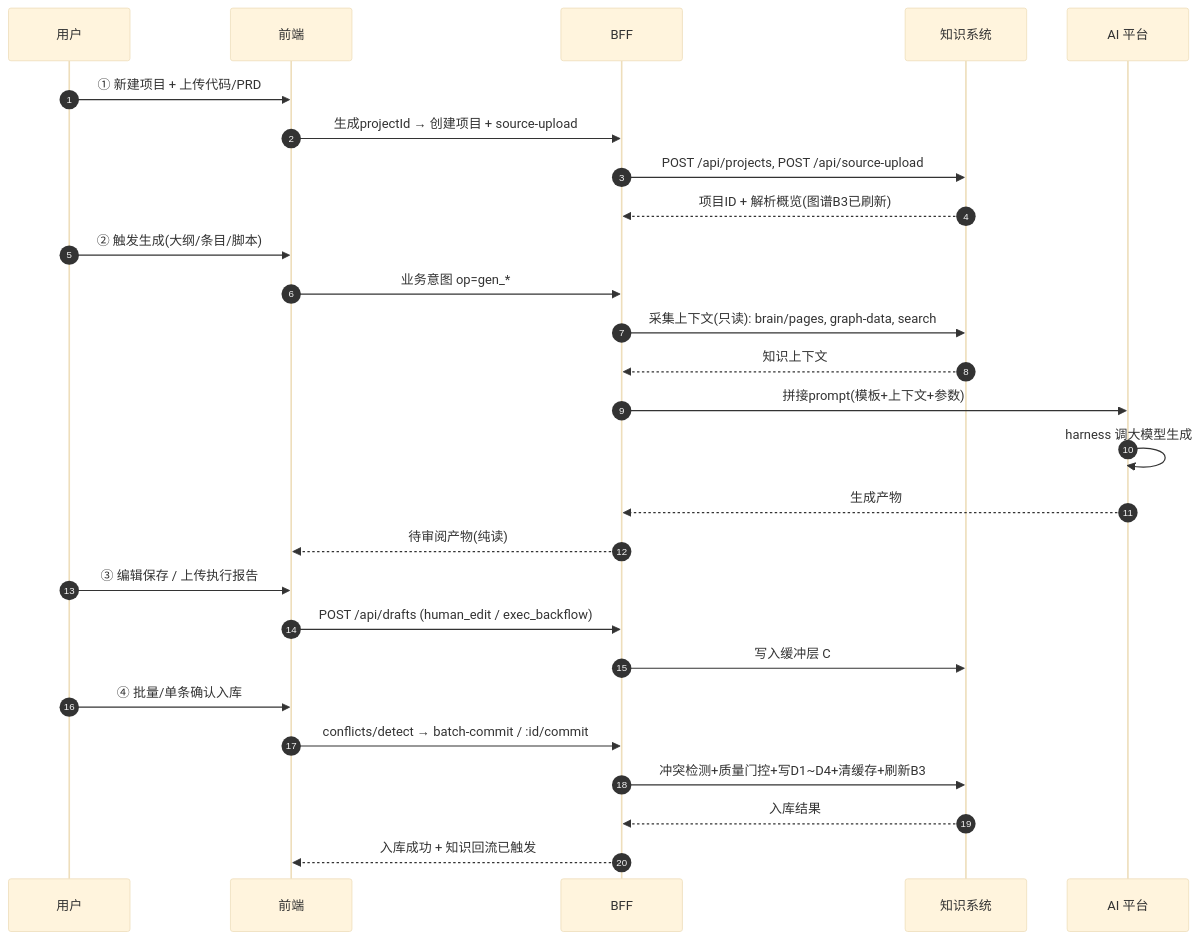
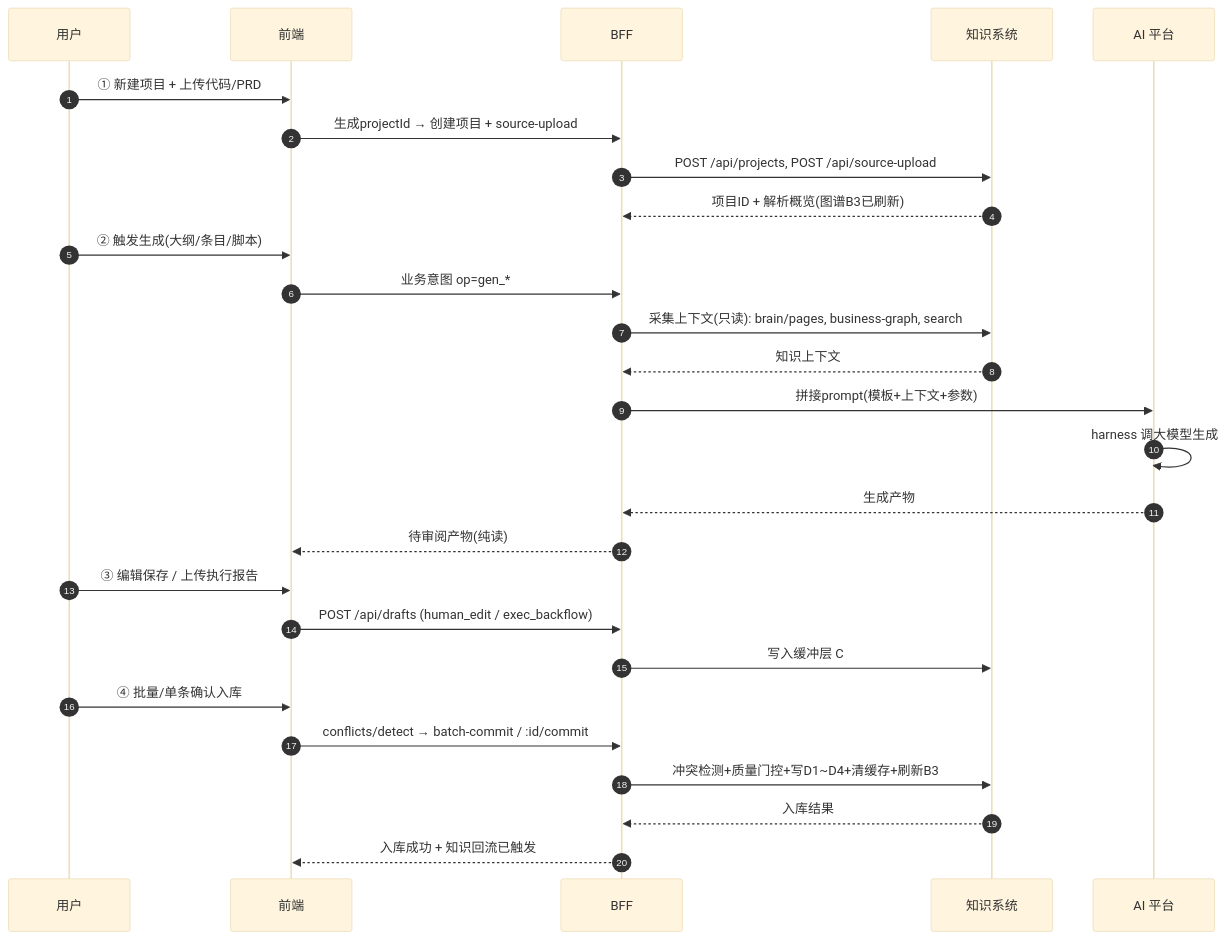
The fifth of 5 diagrams in docs/架构设计与技术方案.md (lifengss/testcase-gen-frontend), drawn with Mermaid (base theme) before and after one commit. The commit also changed other lines of this file and 38 other files, not shown here.

````diff
--- a/docs/架构设计与技术方案.md
+++ b/docs/架构设计与技术方案.md
@@ -262,29 +262,29 @@
 ```mermaid
 sequenceDiagram
     autonumber
     participant U as 用户
     participant F as 前端
     participant B as BFF
     participant KS as 知识系统
     participant AI as AI 平台
     U->>F: ① 新建项目 + 上传代码/PRD
     F->>B: 生成projectId → 创建项目 + source-upload
     B->>KS: POST /api/projects, POST /api/source-upload
     KS-->>B: 项目ID + 解析概览(图谱B3已刷新)
     U->>F: ② 触发生成(大纲/条目/脚本)
     F->>B: 业务意图 op=gen_*
-    B->>KS: 采集上下文(只读): brain/pages, graph-data, search
+    B->>KS: 采集上下文(只读): brain/pages, business-graph, search
     KS-->>B: 知识上下文
     B->>AI: 拼接prompt(模板+上下文+参数)
     AI->>AI: harness 调大模型生成
     AI-->>B: 生成产物
     B-->>F: 待审阅产物(纯读)
     U->>F: ③ 编辑保存 / 上传执行报告
     F->>B: POST /api/drafts (human_edit / exec_backflow)
     B->>KS: 写入缓冲层 C
     U->>F: ④ 批量/单条确认入库
     F->>B: conflicts/detect → batch-commit / :id/commit
     B->>KS: 冲突检测+质量门控+写D1~D4+清缓存+刷新B3
     KS-->>B: 入库结果
     B-->>F: 入库成功 + 知识回流已触发
 ```
````
